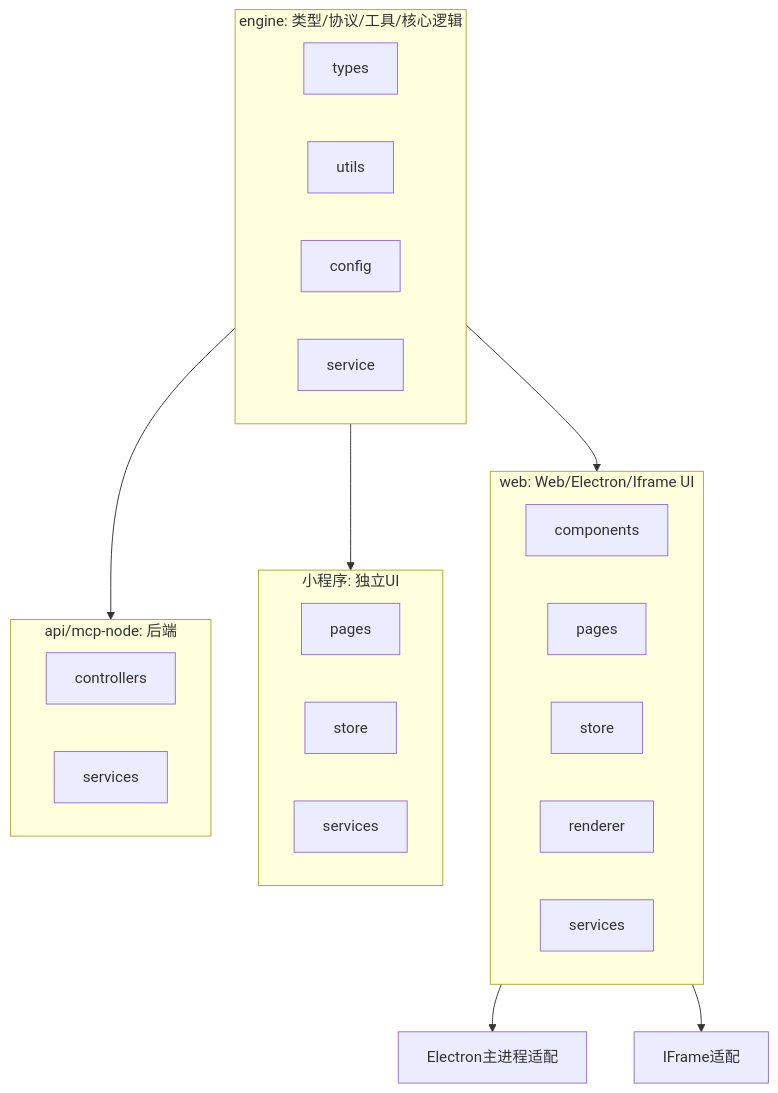
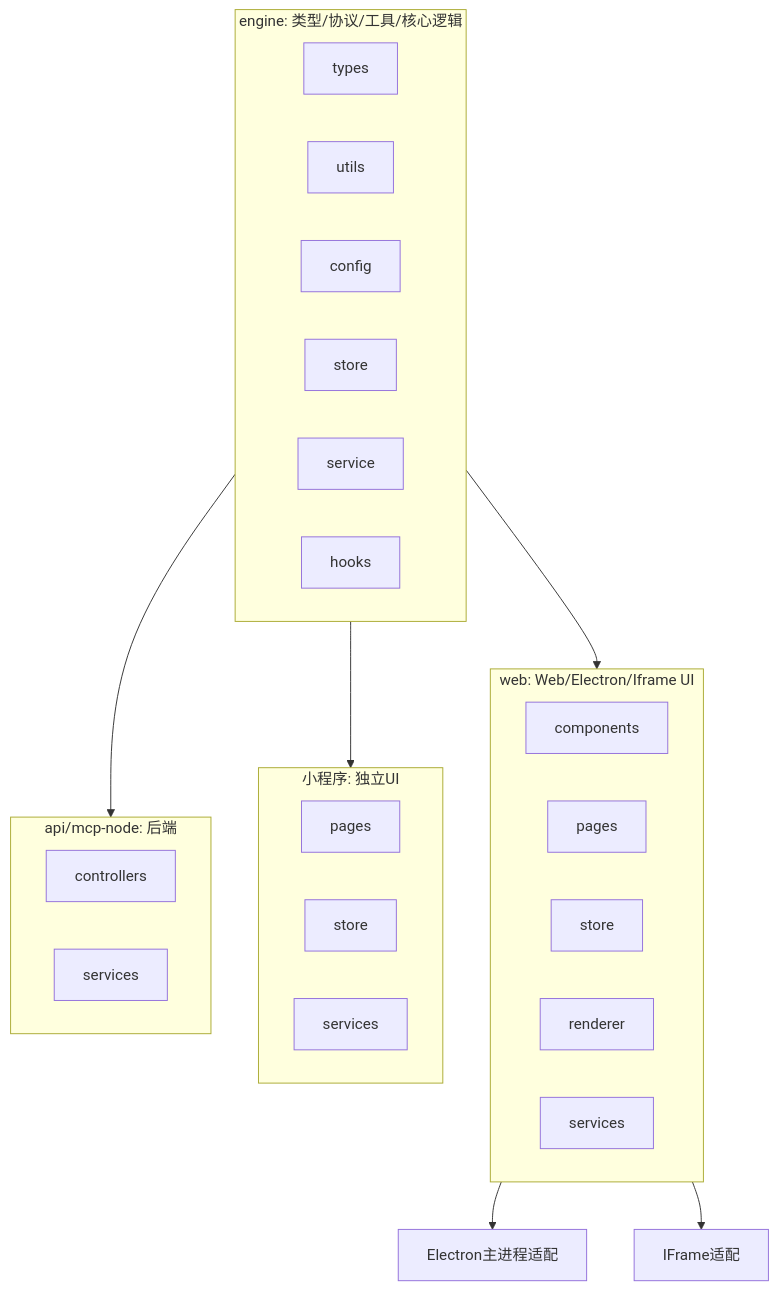
One commit to cybermanhao/ai-chat changed the diagram in docs/multi-platform-architecture.md. Above: the diagram before and after it, drawn with Mermaid. The commit also changed other lines of this file and 32 other files, not shown here.

````diff
--- a/docs/multi-platform-architecture.md
+++ b/docs/multi-platform-architecture.md
@@ -48,30 +51,32 @@
 ```mermaid
 graph TD
   subgraph engine[engine: 类型/协议/工具/核心逻辑]
     E1[types]
     E2[utils]
     E3[config]
-    E4[service]
+    E4[store]
+    E5[service]
+    E6[hooks]
   end
   subgraph web[web: Web/Electron/Iframe UI]
     W1[components]
     W2[pages]
     W3[store]
     W4[renderer]
     W5[services]
   end
   subgraph miniprogram[小程序: 独立UI]
     M1[pages]
     M2[store]
     M3[services]
   end
   subgraph api[api/mcp-node: 后端]
     A1[controllers]
     A2[services]
   end
   engine --> web
   engine --> miniprogram
   engine --> api
   web --> electron[Electron主进程适配]
   web --> iframe[IFrame适配]
 ```
````
